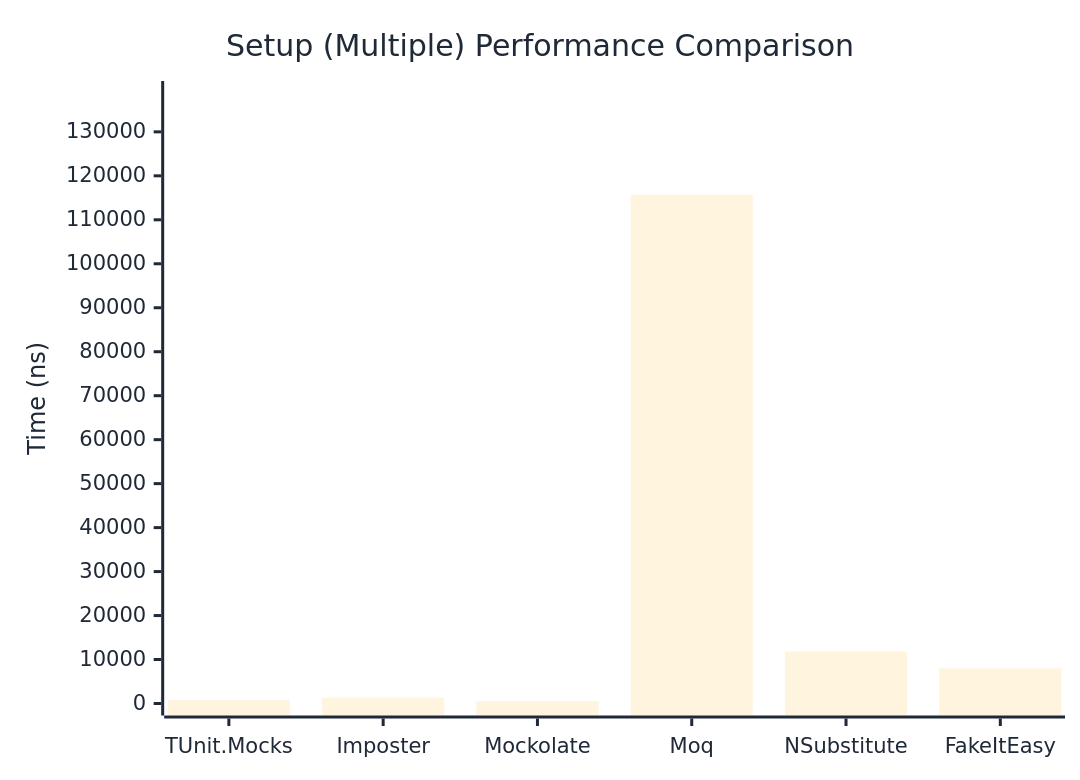
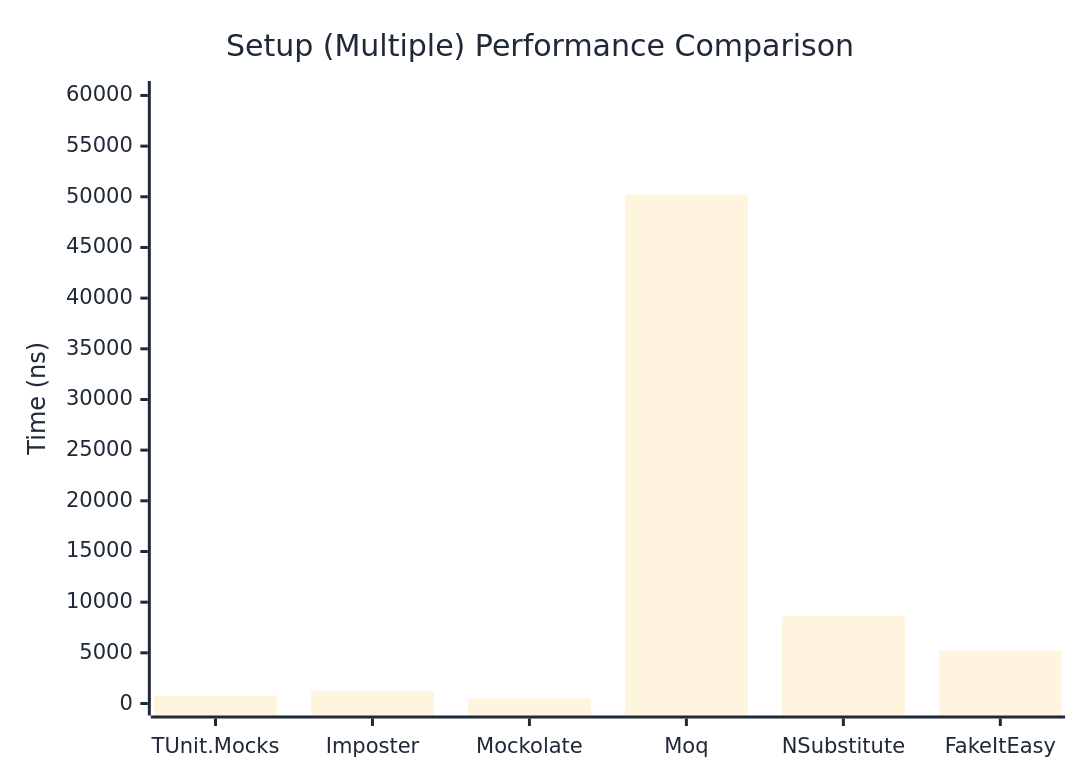
One commit to thomhurst/TUnit changed the second of 2 diagrams in docs/docs/benchmarks/mocks/Setup.md. Above: the diagram before and after it, drawn with Mermaid. The commit also changed other lines of this file and 14 other files, not shown here.

````diff
--- a/docs/docs/benchmarks/mocks/Setup.md
+++ b/docs/docs/benchmarks/mocks/Setup.md
@@ -71,27 +71,27 @@
 ```mermaid
 %%{init: {
   'theme':'base',
   'themeVariables': {
     'primaryColor': '#2563eb',
     'primaryTextColor': '#1f2937',
     'primaryBorderColor': '#1e40af',
     'lineColor': '#6b7280',
     'secondaryColor': '#7c3aed',
     'tertiaryColor': '#dc2626',
     'background': '#ffffff',
     'pie1': '#2563eb',
     'pie2': '#7c3aed',
     'pie3': '#dc2626',
     'pie4': '#f59e0b',
     'pie5': '#10b981',
     'pie6': '#06b6d4',
     'pie7': '#ec4899',
     'pie8': '#6366f1'
   }
 }}%%
 xychart-beta
   title "Setup (Multiple) Performance Comparison"
   x-axis ["TUnit.Mocks", "Imposter", "Mockolate", "Moq", "NSubstitute", "FakeItEasy"]
-  y-axis "Time (ns)" 0 --> 138836
-  bar [732.3, 1328.5, 535.3, 115696.4, 11817.5, 7987.4]
+  y-axis "Time (ns)" 0 --> 60242
+  bar [740.4, 1194.2, 499.5, 50201, 8614.9, 5203.3]
 ```
````
